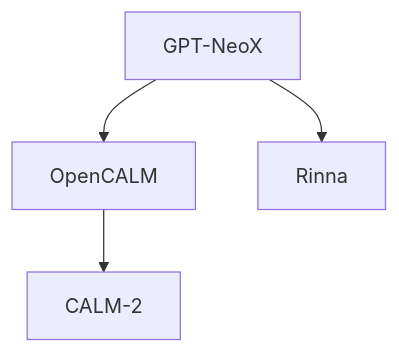
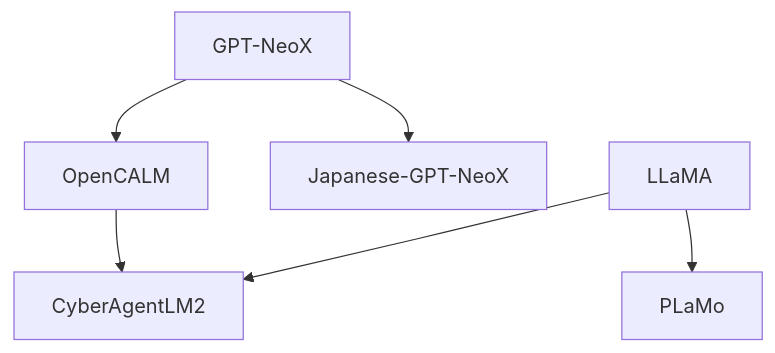
Diagram 22 of 23 in doc/llm.md (ted-sharp/chatvox), drawn with Mermaid before and after one commit. The commit also changed other lines of this file, not shown here.

````diff
--- a/doc/llm.md
+++ b/doc/llm.md
@@ -1015,6 +1037,9 @@
 ```mermaid
 flowchart
 
-GPT-NeoX --> OpenCALM --> CALM-2
-GPT-NeoX --> Rinna
+GPT-NeoX --> OpenCALM
+GPT-NeoX --> Japanese-GPT-NeoX
+OpenCALM --> CyberAgentLM2
+LLaMA --> PLaMo
+LLaMA --> CyberAgentLM2
 ```
````
